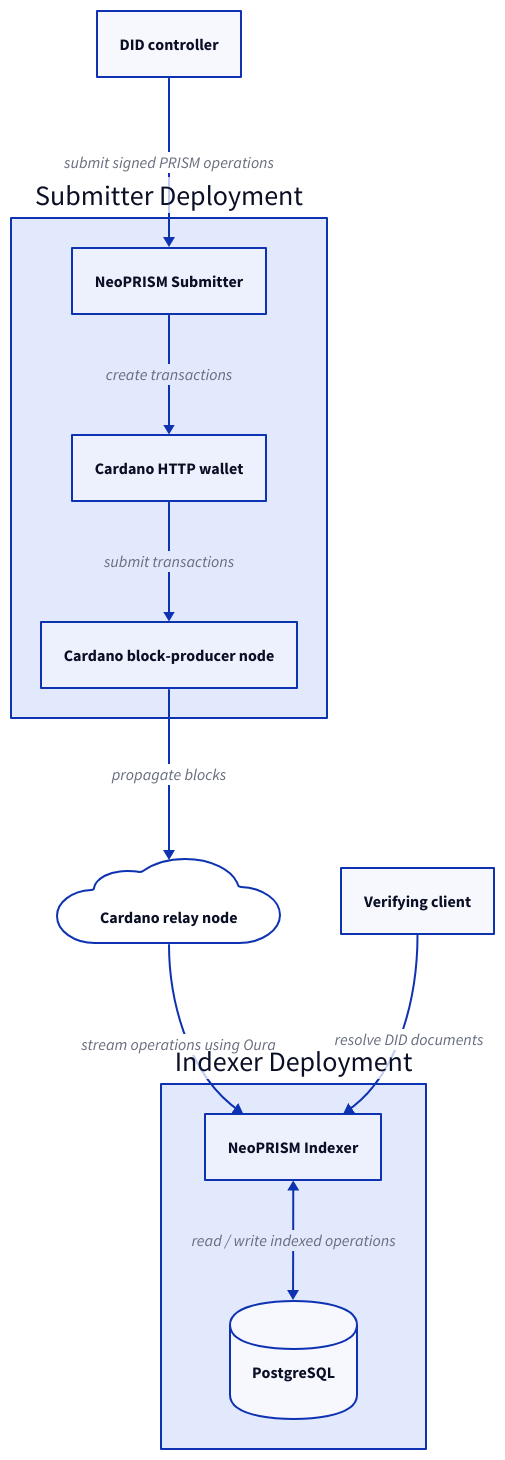
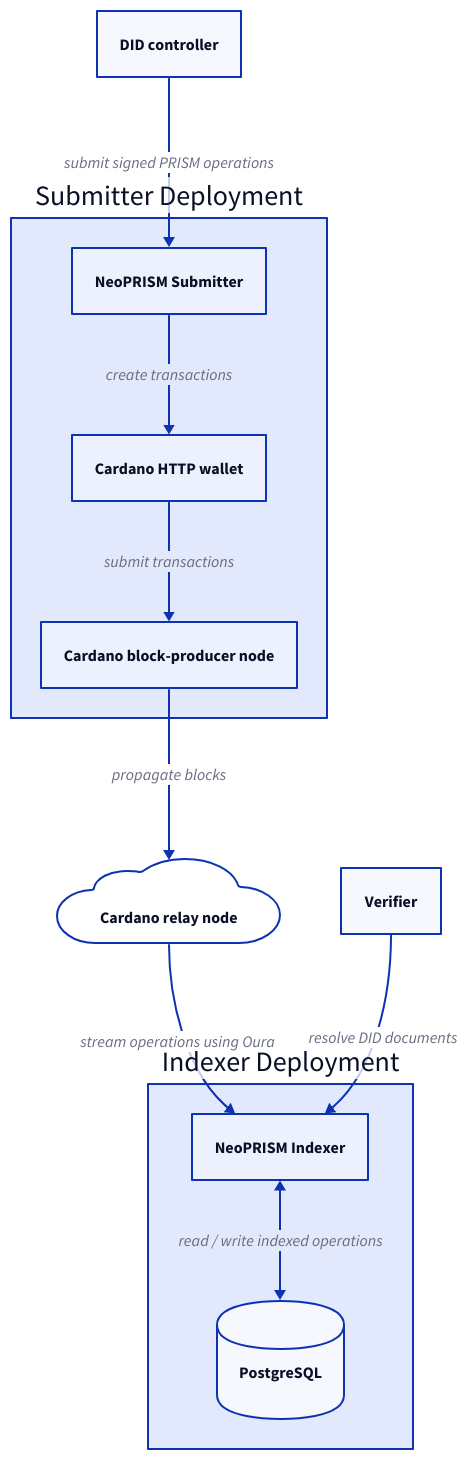
The second of 2 diagrams in docs/src/architecture/README.md (hyperledger-identus/neoprism), drawn with D2 before and after one commit. The commit also changed other lines of this file, not shown here.

Commit message:
docs: update verifier label in architecture documentation

````diff
--- a/docs/src/architecture/README.md
+++ b/docs/src/architecture/README.md
@@ -57,30 +57,30 @@
 ```d2
 did-controller: "DID controller"
-verifier: "Verifying client"
+verifier: "Verifier"
 cardano-node: "Cardano relay node" {
   shape: cloud
 }
 
 indexer-deployment: "Indexer Deployment" {
   indexer: "NeoPRISM Indexer"
   db: "PostgreSQL" {
     shape: cylinder
   }
 
   indexer <-> db: read / write indexed operations
 }
 
 indexer-deployment.indexer <- cardano-node: stream operations using Oura
 verifier -> indexer-deployment.indexer: resolve DID documents
 
 submitter-deployment: "Submitter Deployment" {
   submitter: "NeoPRISM Submitter"
   cardano-wallet: "Cardano HTTP wallet"
   cardano-blockproducer: "Cardano block-producer node"
   submitter -> cardano-wallet: create transactions
   cardano-wallet -> cardano-blockproducer: submit transactions
 }
 
 did-controller -> submitter-deployment.submitter: submit signed PRISM operations
 submitter-deployment.cardano-blockproducer -> cardano-node: propagate blocks
 ```
````
